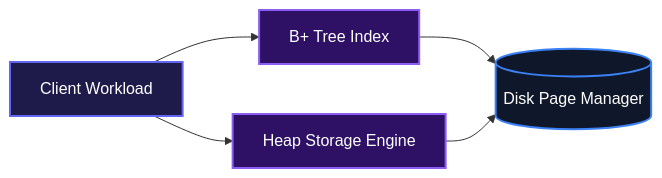
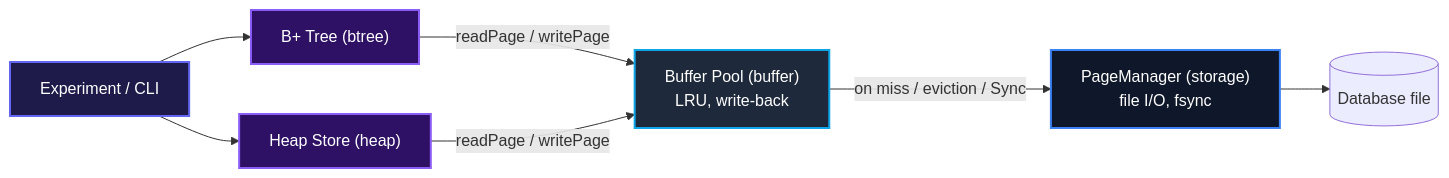
Before and after one commit to DanielPopoola/index_lab: the diagram in README.md, drawn with Mermaid. The commit also changed other lines of this file and 1 other file, not shown here.

Commit message:
chore(docs): Update README with project overview, architecture, and usage instructions chore(docs): Add FINDINGS.md for experiment results and analysis

````diff
--- a/README.md
+++ b/README.md
@@ -8,17 +41,22 @@
 ```mermaid
 flowchart LR
-  Application["Client Workload"]
-  TreeIndex["B+ Tree Index"]
-  HeapStore["Heap Storage Engine"]
-  DiskManager[("Disk Page Manager")]
+  App["Experiment / CLI"]
+  Tree["B+ Tree (btree)"]
+  Heap["Heap Store (heap)"]
+  Pool["Buffer Pool (buffer)<br/>LRU, write-back"]
+  PM["PageManager (storage)<br/>file I/O, fsync"]
+  File[("Database file")]
 
-  Application --> TreeIndex
-  Application --> HeapStore
-  TreeIndex --> DiskManager
-  HeapStore --> DiskManager
+  App --> Tree
+  App --> Heap
+  Tree -->|readPage / writePage| Pool
+  Heap -->|readPage / writePage| Pool
+  Pool -->|on miss / eviction / Sync| PM
+  PM --> File
 
-  style Application fill:#1e1b4b,stroke:#6366f1,stroke-width:2px,color:#fff
-  style TreeIndex fill:#2e1065,stroke:#8b5cf6,stroke-width:2px,color:#fff
-  style HeapStore fill:#2e1065,stroke:#8b5cf6,stroke-width:2px,color:#fff
-  style DiskManager fill:#0f172a,stroke:#3b82f6,stroke-width:2px,color:#fff
+  style App fill:#1e1b4b,stroke:#6366f1,stroke-width:2px,color:#fff
+  style Tree fill:#2e1065,stroke:#8b5cf6,stroke-width:2px,color:#fff
+  style Heap fill:#2e1065,stroke:#8b5cf6,stroke-width:2px,color:#fff
+  style Pool fill:#1e293b,stroke:#0ea5e9,stroke-width:2px,color:#fff
+  style PM fill:#0f172a,stroke:#3b82f6,stroke-width:2px,color:#fff
 ```
````
